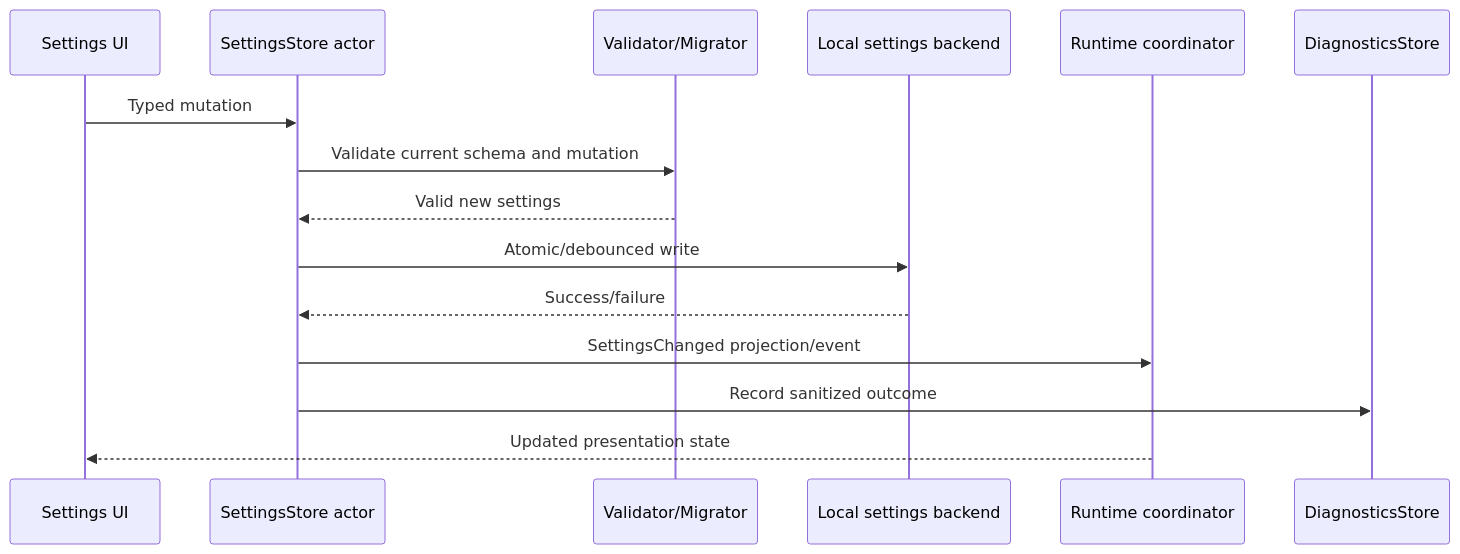
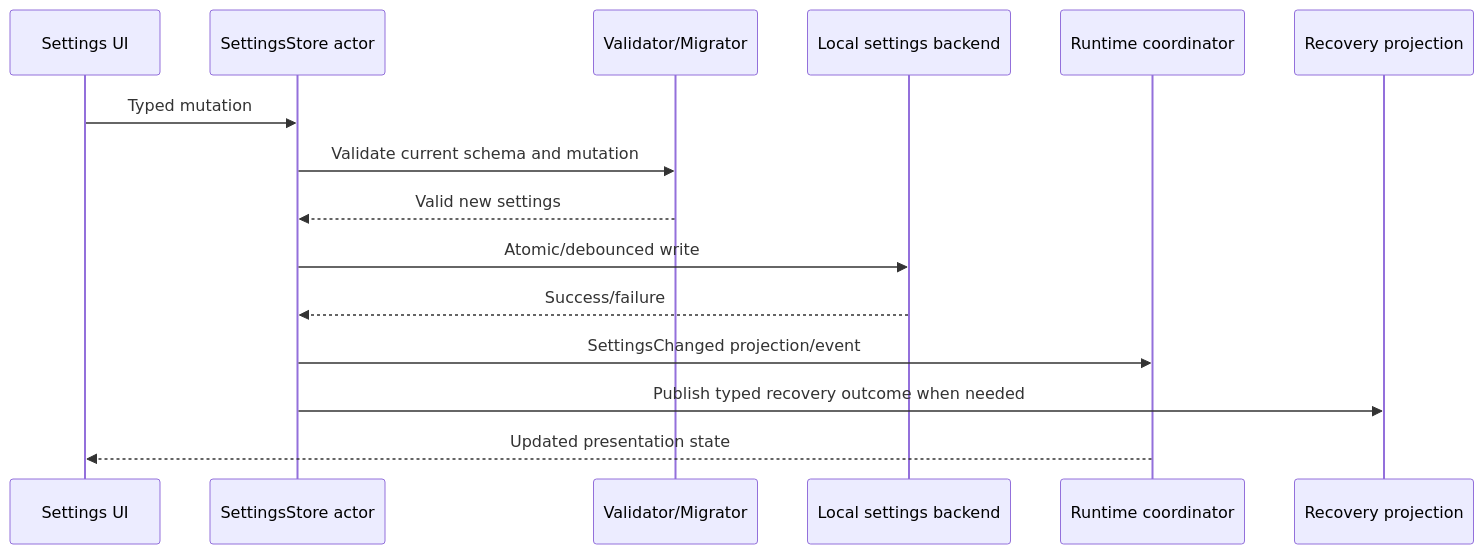
One commit to hailp-vn38/NotchHub changed the second of 2 diagrams in docs/architecture/data-persistence.md. Above: the diagram before and after it, drawn with Mermaid. The commit also changed other lines of this file and 11 other files, not shown here.

````diff
--- a/docs/architecture/data-persistence.md
+++ b/docs/architecture/data-persistence.md
@@ -145,18 +166,18 @@
 ```mermaid
 sequenceDiagram
     participant UI as Settings UI
     participant Store as SettingsStore actor
     participant Validate as Validator/Migrator
     participant Backend as Local settings backend
     participant Core as Runtime coordinator
-    participant Diag as DiagnosticsStore
+    participant Recovery as Recovery projection
 
     UI->>Store: Typed mutation
     Store->>Validate: Validate current schema and mutation
     Validate-->>Store: Valid new settings
     Store->>Backend: Atomic/debounced write
     Backend-->>Store: Success/failure
     Store->>Core: SettingsChanged projection/event
-    Store->>Diag: Record sanitized outcome
+    Store->>Recovery: Publish typed recovery outcome when needed
     Core-->>UI: Updated presentation state
 ```
````
